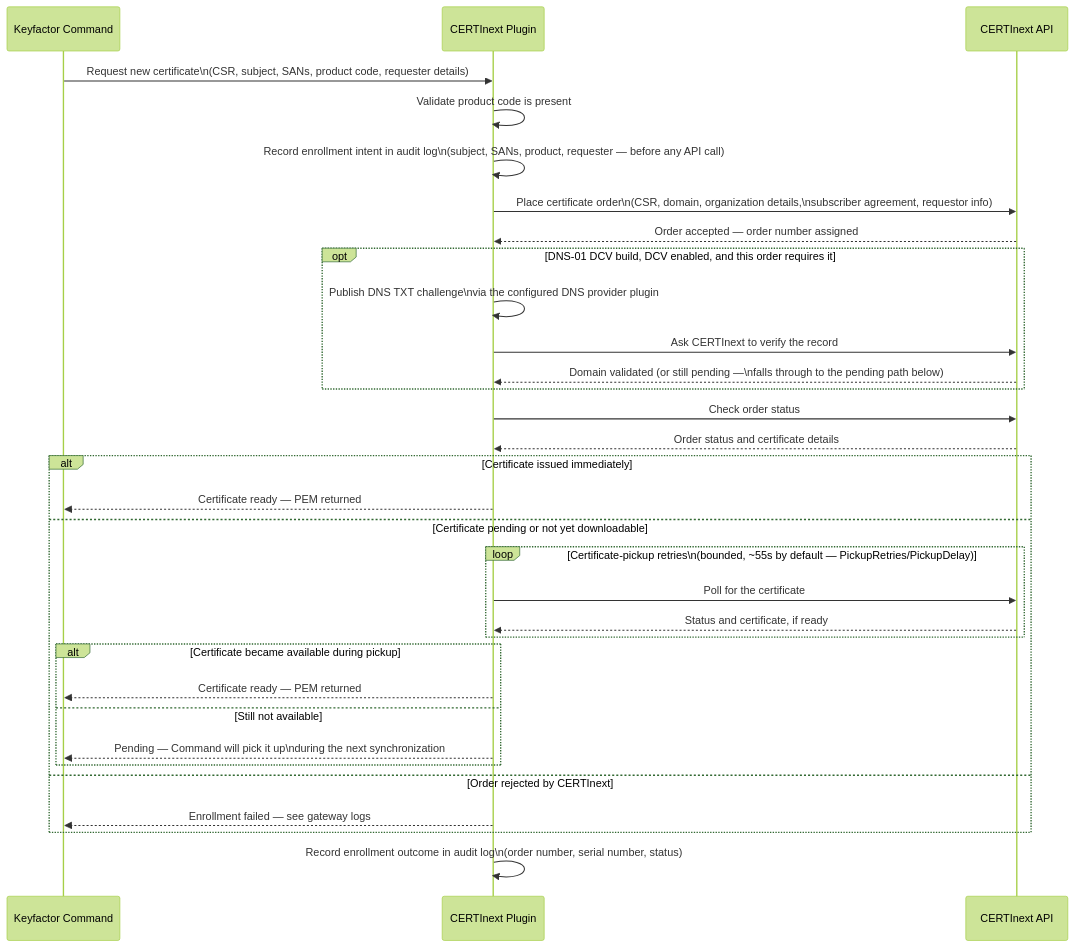
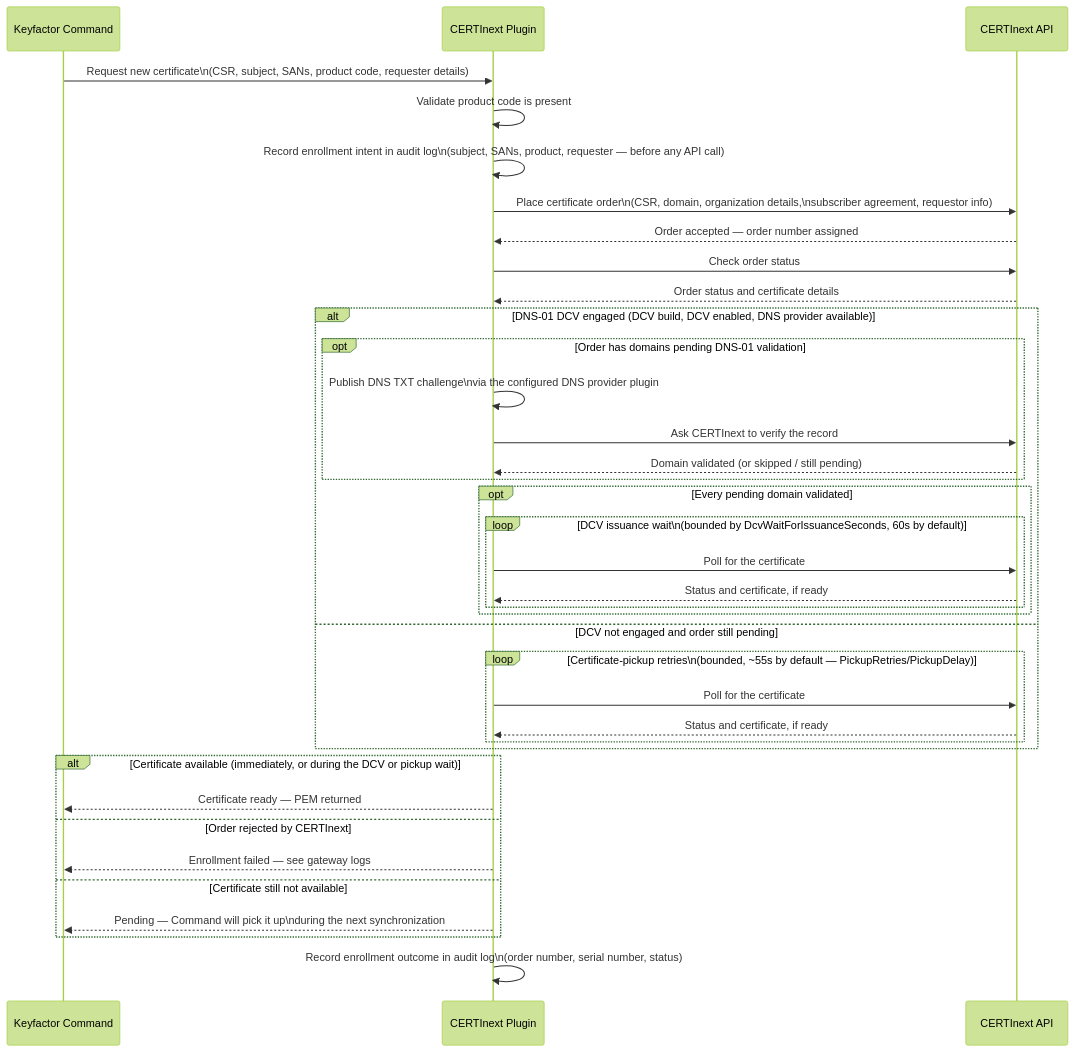
Before and after one commit to Keyfactor/certinext-caplugin: the third of 6 diagrams in docsource/architecture.md, drawn with Mermaid (forest theme). The commit also changed other lines of this file and 2 other files, not shown here.

Commit message:
docs: correct enrollment pickup/DCV flow, renewal pickup, troubleshooting and quickstart
DCV and the pickup loop are alternatives when DCV engages; renewals use the same
pickup except when pending DNS-01 validation; verification enrollment can return
an issued certificate in-call.

````diff
--- a/docsource/architecture.md
+++ b/docsource/architecture.md
@@ -126,40 +126,44 @@
 ```mermaid
 sequenceDiagram
     participant CMD as Keyfactor Command
     participant Plugin as CERTInext Plugin
     participant API as CERTInext API
 
     CMD->>Plugin: Request new certificate\n(CSR, subject, SANs, product code, requester details)
     Plugin->>Plugin: Validate product code is present
     Plugin->>Plugin: Record enrollment intent in audit log\n(subject, SANs, product, requester — before any API call)
 
     Plugin->>API: Place certificate order\n(CSR, domain, organization details,\nsubscriber agreement, requestor info)
     API-->>Plugin: Order accepted — order number assigned
-
-    opt DNS-01 DCV build, DCV enabled, and this order requires it
-        Plugin->>Plugin: Publish DNS TXT challenge\nvia the configured DNS provider plugin
-        Plugin->>API: Ask CERTInext to verify the record
-        API-->>Plugin: Domain validated (or still pending —\nfalls through to the pending path below)
-    end
-
     Plugin->>API: Check order status
     API-->>Plugin: Order status and certificate details
 
-    alt Certificate issued immediately
-        Plugin-->>CMD: Certificate ready — PEM returned
-    else Certificate pending or not yet downloadable
+    alt DNS-01 DCV engaged (DCV build, DCV enabled, DNS provider available)
+        opt Order has domains pending DNS-01 validation
+            Plugin->>Plugin: Publish DNS TXT challenge\nvia the configured DNS provider plugin
+            Plugin->>API: Ask CERTInext to verify the record
+            API-->>Plugin: Domain validated (or skipped / still pending)
+        end
+        opt Every pending domain validated
+            loop DCV issuance wait\n(bounded by DcvWaitForIssuanceSeconds, 60s by default)
+                Plugin->>API: Poll for the certificate
+                API-->>Plugin: Status and certificate, if ready
+            end
+        end
+    else DCV not engaged and order still pending
         loop Certificate-pickup retries\n(bounded, ~55s by default — PickupRetries/PickupDelay)
             Plugin->>API: Poll for the certificate
             API-->>Plugin: Status and certificate, if ready
         end
-        alt Certificate became available during pickup
-            Plugin-->>CMD: Certificate ready — PEM returned
-        else Still not available
-            Plugin-->>CMD: Pending — Command will pick it up\nduring the next synchronization
-        end
+    end
+
+    alt Certificate available (immediately, or during the DCV or pickup wait)
+        Plugin-->>CMD: Certificate ready — PEM returned
     else Order rejected by CERTInext
         Plugin-->>CMD: Enrollment failed — see gateway logs
+    else Certificate still not available
+        Plugin-->>CMD: Pending — Command will pick it up\nduring the next synchronization
     end
 
     Plugin->>Plugin: Record enrollment outcome in audit log\n(order number, serial number, status)
 ```
````
